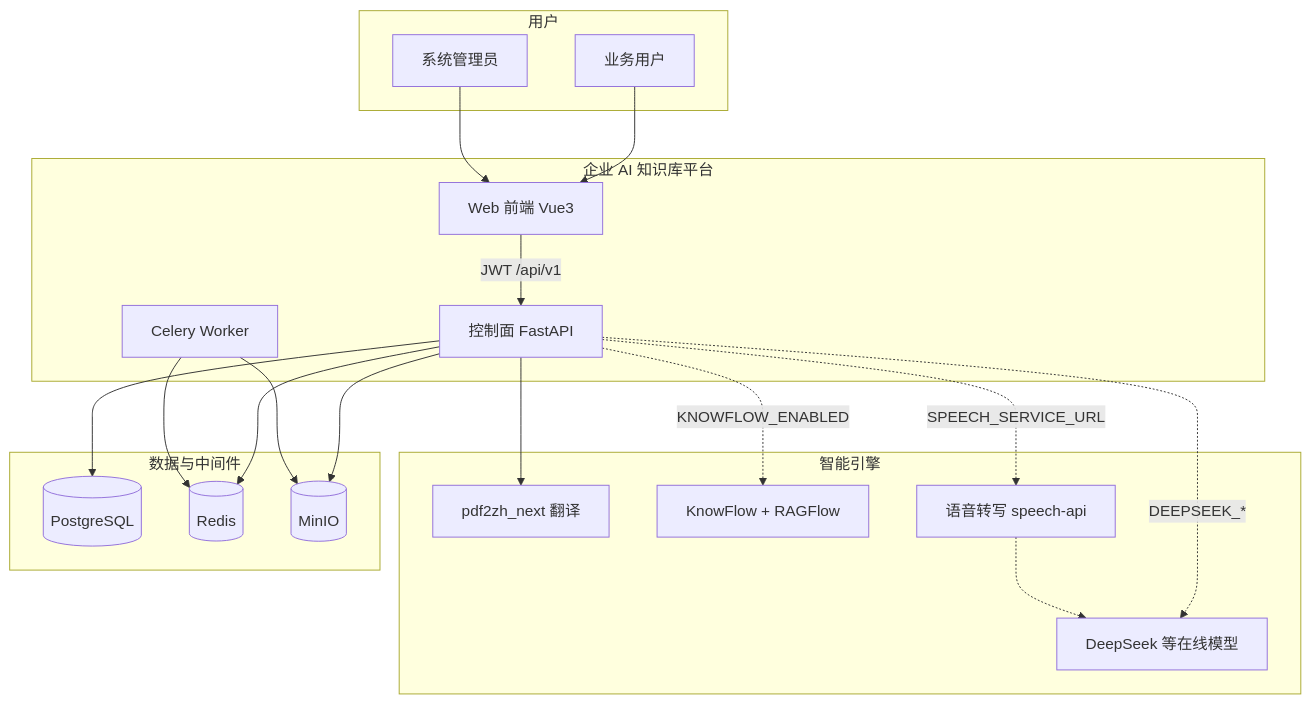
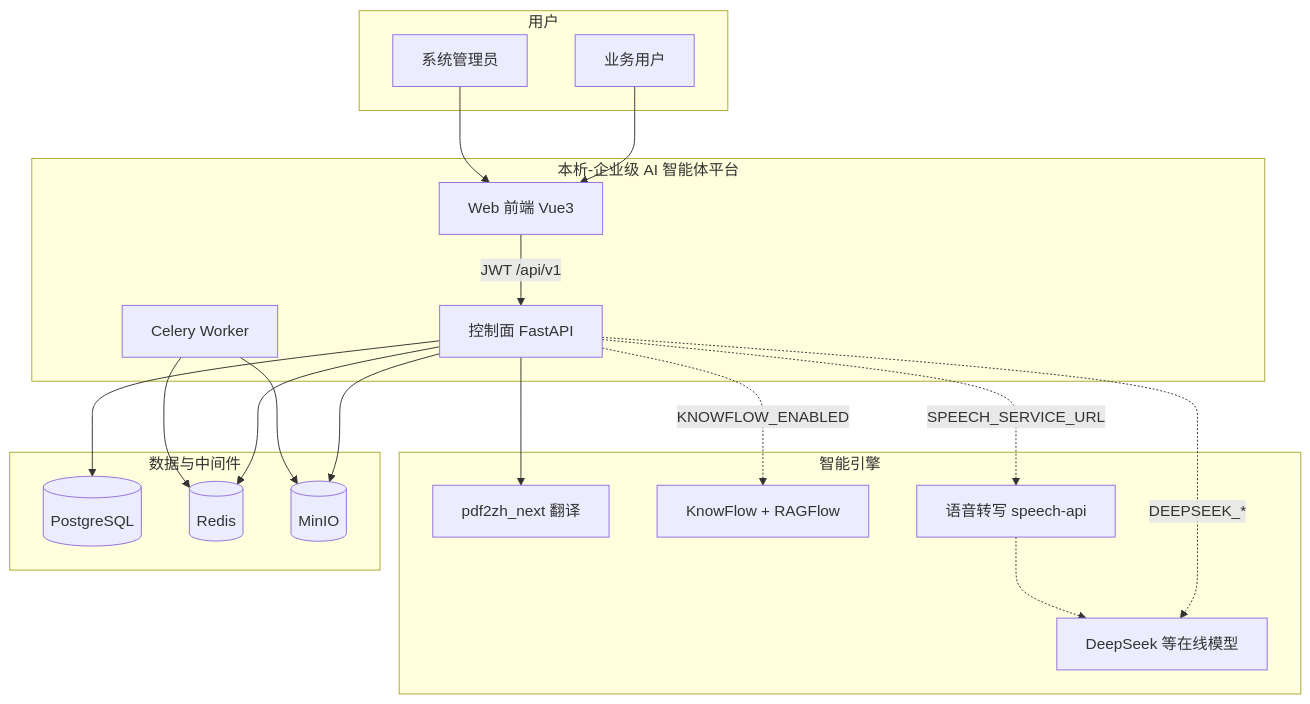
One commit to zhibinQiu/benxi changed the first of 17 diagrams in docs/zh/development/system-architecture-overview.md. Above: the diagram before and after it, drawn with Mermaid. The commit also changed other lines of this file and 620 other files, not shown here.

````diff
--- a/docs/zh/development/system-architecture-overview.md
+++ b/docs/zh/development/system-architecture-overview.md
@@ -25,40 +26,40 @@
 ```mermaid
 flowchart TB
   subgraph users [用户]
     U1[业务用户]
     U2[系统管理员]
   end
 
-  subgraph system [企业 AI 知识库平台]
+  subgraph system [本析-企业级 AI 智能体平台]
     FE[Web 前端 Vue3]
     API[控制面 FastAPI]
     WRK[Celery Worker]
   end
 
   subgraph engines [智能引擎]
     PDF[pdf2zh_next 翻译]
     KF[KnowFlow + RAGFlow]
     SP[语音转写 speech-api]
     LLM[DeepSeek 等在线模型]
   end
 
   subgraph data [数据与中间件]
     PG[(PostgreSQL)]
     RD[(Redis)]
     MN[(MinIO)]
   end
 
   U1 --> FE
   U2 --> FE
   FE -->|JWT /api/v1| API
   API --> PG
   API --> RD
   API --> MN
   WRK --> RD
   WRK --> MN
   API --> PDF
   API -.->|KNOWFLOW_ENABLED| KF
   API -.->|SPEECH_SERVICE_URL| SP
   API -.->|DEEPSEEK_*| LLM
   SP -.-> LLM
 ```
````
